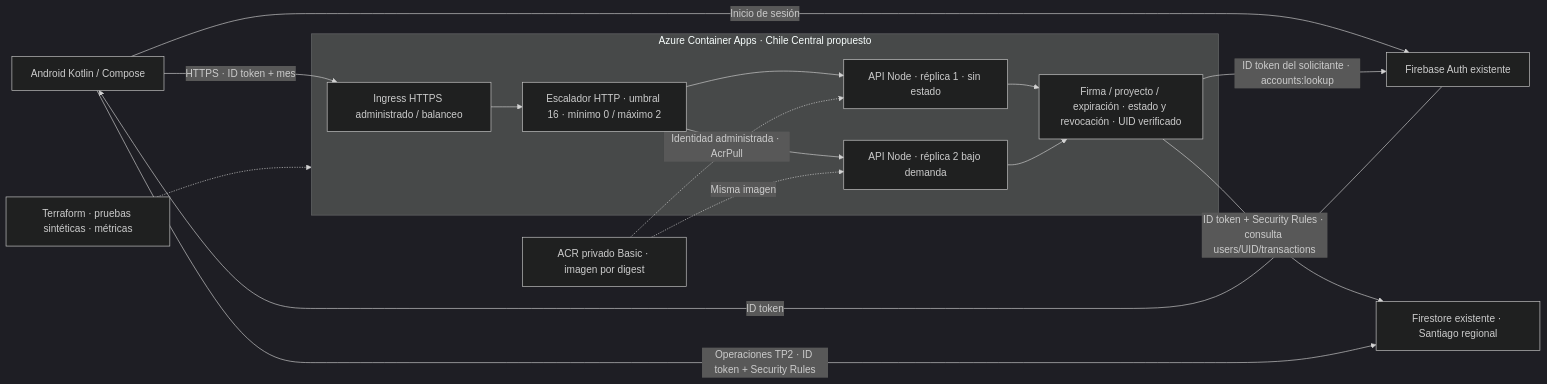
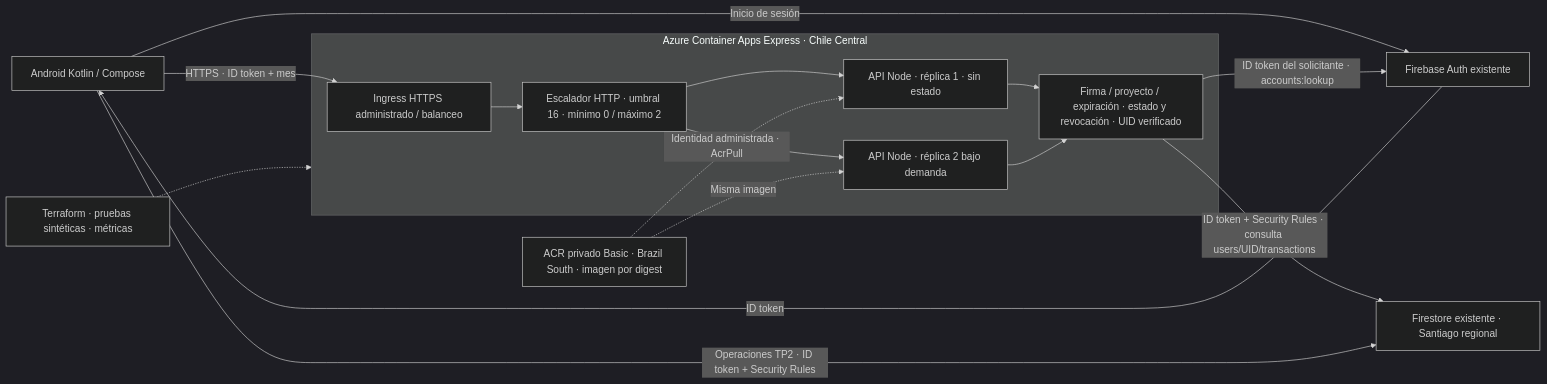
The diagram in docs/tp3/azure/03-arquitectura.md (IgnacioMaidana7/finanzas-app-android), drawn with Mermaid (dark theme) before and after one commit. The commit also changed other lines of this file and 26 other files, not shown here.

````diff
--- a/docs/tp3/azure/03-arquitectura.md
+++ b/docs/tp3/azure/03-arquitectura.md
@@ -7,19 +7,19 @@
 ```mermaid
 flowchart LR
   A[Android Kotlin / Compose] -->|Inicio de sesión| F[Firebase Auth existente]
   F -->|ID token| A
   A -->|HTTPS · ID token + mes| I
-  subgraph Z[Azure Container Apps · Chile Central propuesto]
+  subgraph Z[Azure Container Apps Express · Chile Central]
     I[Ingress HTTPS administrado / balanceo] --> S[Escalador HTTP · umbral 16 · mínimo 0 / máximo 2]
     S --> R1[API Node · réplica 1 · sin estado]
     S --> R2[API Node · réplica 2 bajo demanda]
     R1 --> V[Firma / proyecto / expiración · estado y revocación · UID verificado]
     R2 --> V
   end
   V -->|ID token del solicitante · accounts:lookup| F
   V -->|ID token + Security Rules · consulta users/UID/transactions| D[Firestore existente · Santiago regional]
   A -->|Operaciones TP2 · ID token + Security Rules| D
-  C[ACR privado Basic · imagen por digest] -.->|Identidad administrada · AcrPull| R1
+  C[ACR privado Basic · Brazil South · imagen por digest] -.->|Identidad administrada · AcrPull| R1
   C -.->|Misma imagen| R2
   T[Terraform · pruebas sintéticas · métricas] -.-> Z
 ```
````
